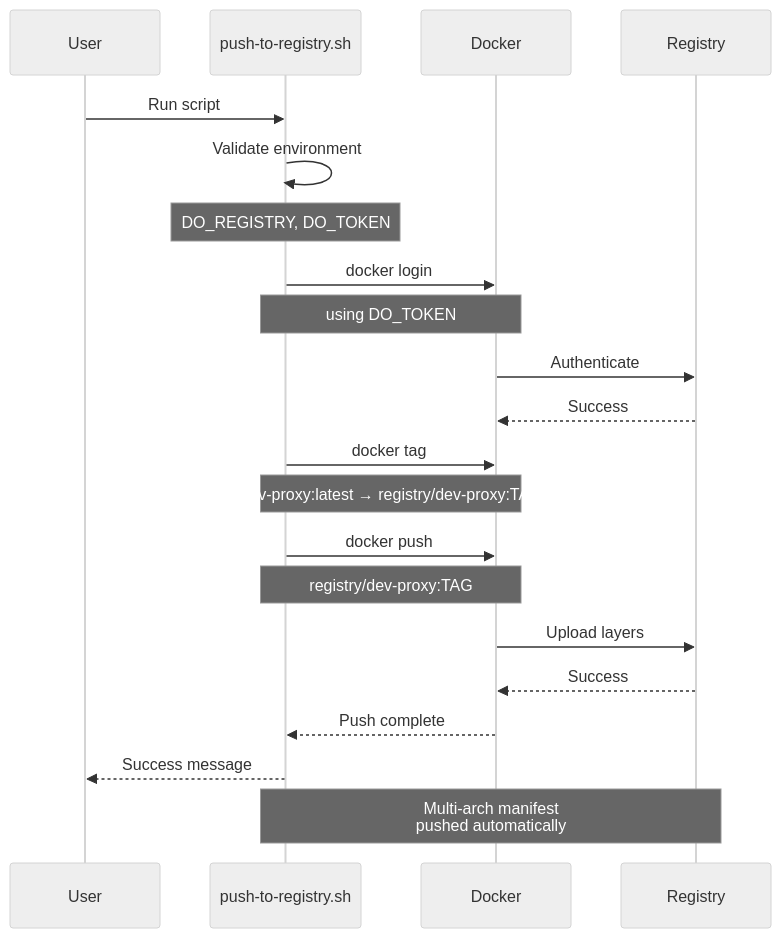
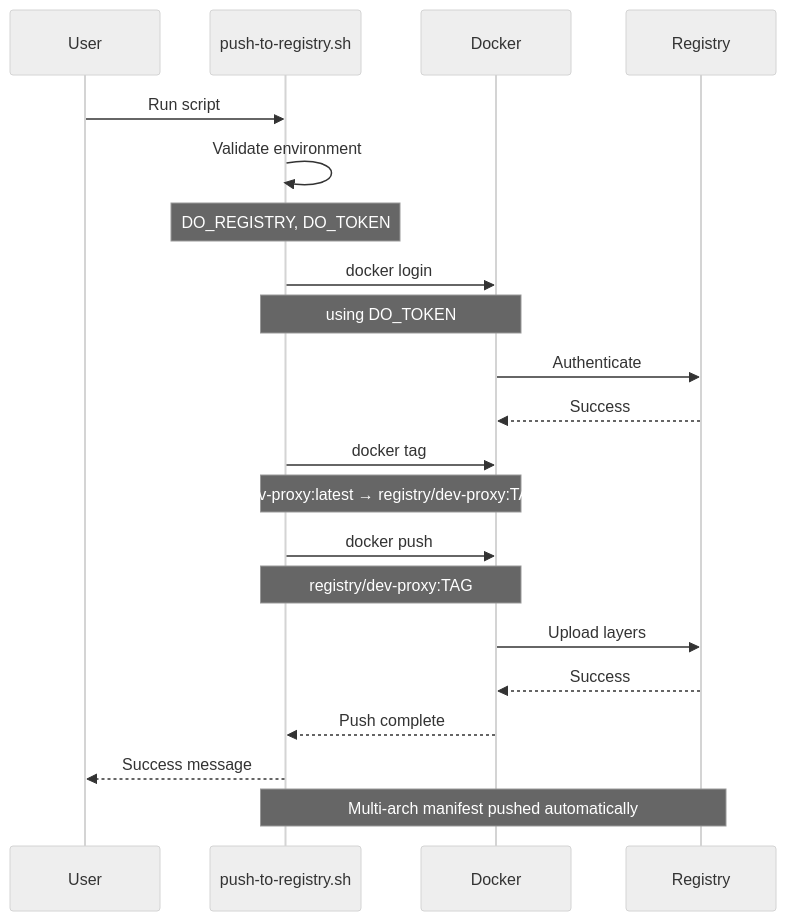
Before and after one commit to softwarewrighter/dev-proxy: the fourth of 16 diagrams in wiki/Build-Process.md, drawn with Mermaid (neutral theme). The commit also changed other lines of this file and 6 other files, not shown here.

First line of the commit message:
Fix wiki Mermaid diagrams: remove <br/> tags

````diff
--- a/wiki/Build-Process.md
+++ b/wiki/Build-Process.md
@@ -152,31 +152,31 @@
 ```mermaid
 sequenceDiagram
     participant User
     participant Script as push-to-registry.sh
     participant Docker
     participant Registry
 
     User->>Script: Run script
     Script->>Script: Validate environment
     Note over Script: DO_REGISTRY, DO_TOKEN
 
     Script->>Docker: docker login
     Note over Script,Docker: using DO_TOKEN
 
     Docker->>Registry: Authenticate
     Registry-->>Docker: Success
 
     Script->>Docker: docker tag
     Note over Script,Docker: dev-proxy:latest → registry/dev-proxy:TAG
 
     Script->>Docker: docker push
     Note over Script,Docker: registry/dev-proxy:TAG
 
     Docker->>Registry: Upload layers
     Registry-->>Docker: Success
 
     Docker-->>Script: Push complete
     Script-->>User: Success message
 
-    Note over Script,Registry: Multi-arch manifest<br/>pushed automatically
+    Note over Script,Registry: Multi-arch manifest pushed automatically
 ```
````
